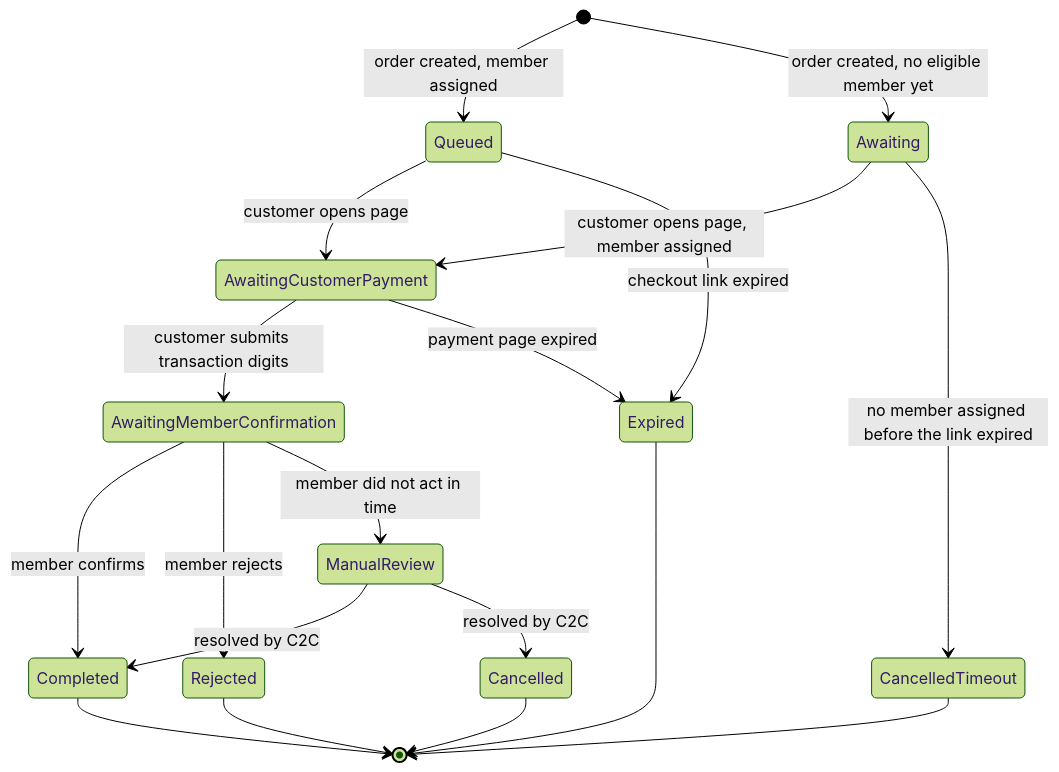
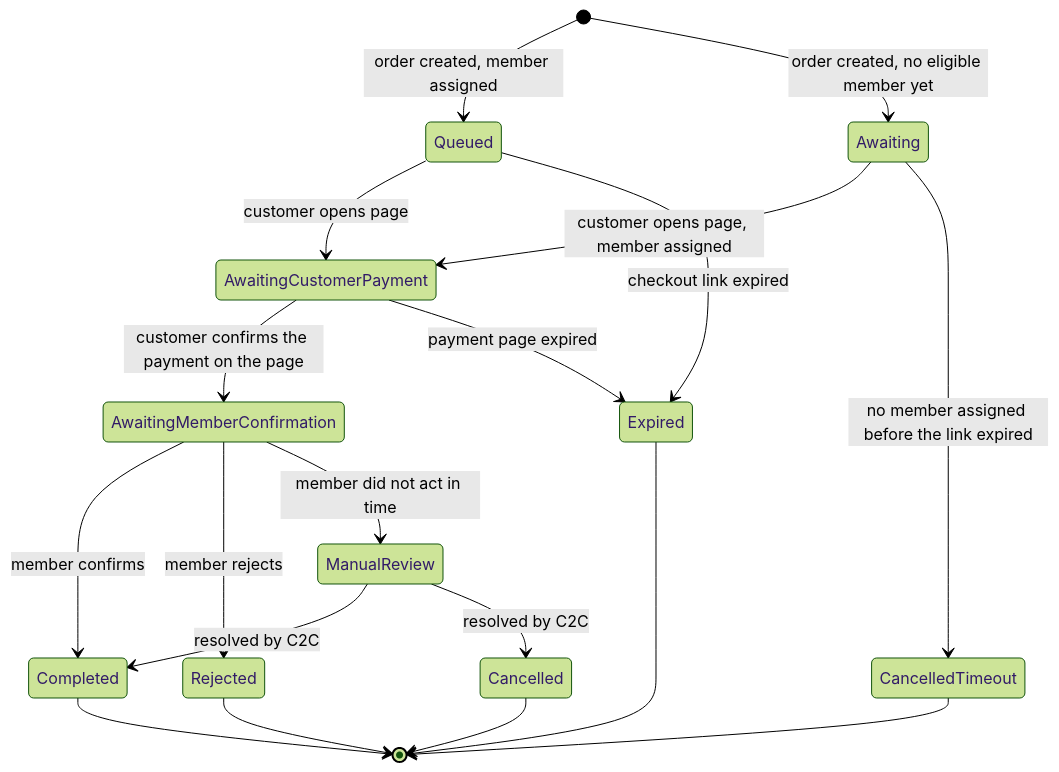
Before and after one commit to harisnaseer191/c2c-mintlify-docs: the second of 2 diagrams in guides/deposit-flow.mdx, drawn with Mermaid (forest theme). The commit also changed other lines of this file and 18 other files, not shown here.

````diff
--- a/guides/deposit-flow.mdx
+++ b/guides/deposit-flow.mdx
@@ -82,21 +93,21 @@
 ```mermaid
 stateDiagram-v2
     [*] --> Queued: order created, member assigned
     [*] --> Awaiting: order created, no eligible member yet
     Awaiting --> AwaitingCustomerPayment: customer opens page, member assigned
     Awaiting --> CancelledTimeout: no member assigned before the link expired
     Queued --> AwaitingCustomerPayment: customer opens page
     Queued --> Expired: checkout link expired
-    AwaitingCustomerPayment --> AwaitingMemberConfirmation: customer submits transaction digits
+    AwaitingCustomerPayment --> AwaitingMemberConfirmation: customer confirms the payment on the page
     AwaitingCustomerPayment --> Expired: payment page expired
     AwaitingMemberConfirmation --> Completed: member confirms
     AwaitingMemberConfirmation --> Rejected: member rejects
     AwaitingMemberConfirmation --> ManualReview: member did not act in time
     ManualReview --> Completed: resolved by C2C
     ManualReview --> Cancelled: resolved by C2C
     Completed --> [*]
     Rejected --> [*]
     Expired --> [*]
     CancelledTimeout --> [*]
     Cancelled --> [*]
 ```
````
